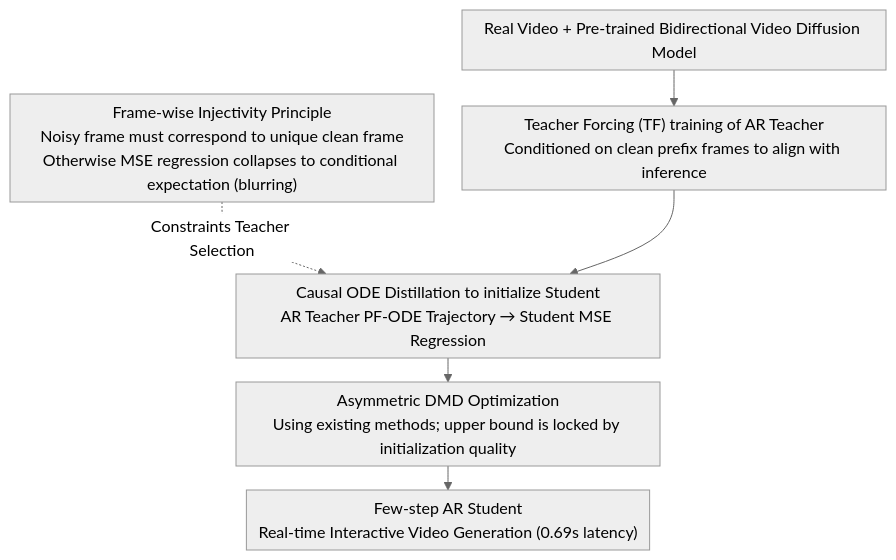
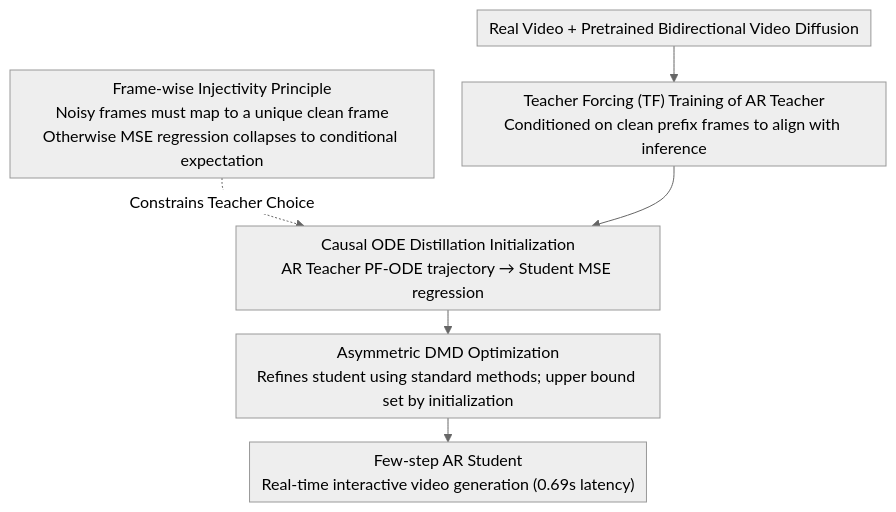
The diagram in docs/ICML2026/model_compression/causal_forcing_autoregressive_diffusion_distillation_done_right_for_high-quality.md (zhaoyang97/Paper-Notes-en), drawn with Mermaid (neutral theme) before and after one commit. The commit also changed other lines of this file and 5084 other files, not shown here.

````diff
--- a/docs/ICML2026/model_compression/causal_forcing_autoregressive_diffusion_distillation_done_right_for_high-quality.md
+++ b/docs/ICML2026/model_compression/causal_forcing_autoregressive_diffusion_distillation_done_right_for_high-quality.md
@@ -39,10 +39,10 @@
 ```mermaid
 %%{init: {'flowchart': {'rankSpacing': 24, 'nodeSpacing': 28, 'padding': 6, 'wrappingWidth': 400}}}%%
 flowchart TD
-    A["Real Video + Pre-trained Bidirectional Video Diffusion Model"] --> B["Teacher Forcing (TF) training of AR Teacher<br/>Conditioned on clean prefix frames to align with inference"]
-    P["Frame-wise Injectivity Principle<br/>Noisy frame must correspond to unique clean frame<br/>Otherwise MSE regression collapses to conditional expectation (blurring)"]
-    P -.->|Constraints Teacher Selection| C
-    B --> C["Causal ODE Distillation to initialize Student<br/>AR Teacher PF-ODE Trajectory → Student MSE Regression"]
-    C --> D["Asymmetric DMD Optimization<br/>Using existing methods; upper bound is locked by initialization quality"]
-    D --> E["Few-step AR Student<br/>Real-time Interactive Video Generation (0.69s latency)"]
+    A["Real Video + Pretrained Bidirectional Video Diffusion"] --> B["Teacher Forcing (TF) Training of AR Teacher<br/>Conditioned on clean prefix frames to align with inference"]
+    P["Frame-wise Injectivity Principle<br/>Noisy frames must map to a unique clean frame<br/>Otherwise MSE regression collapses to conditional expectation"]
+    P -.->|Constrains Teacher Choice| C
+    B --> C["Causal ODE Distillation Initialization<br/>AR Teacher PF-ODE trajectory → Student MSE regression"]
+    C --> D["Asymmetric DMD Optimization<br/>Refines student using standard methods; upper bound set by initialization"]
+    D --> E["Few-step AR Student<br/>Real-time interactive video generation (0.69s latency)"]
 ```
````
